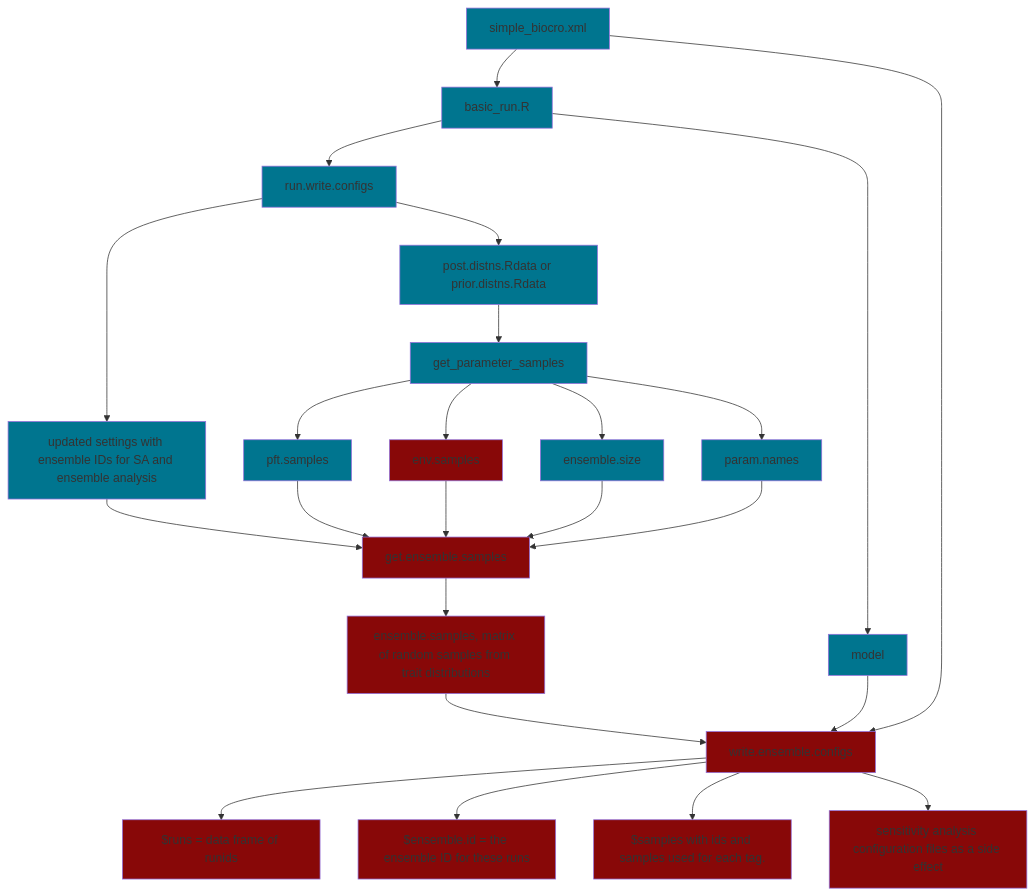
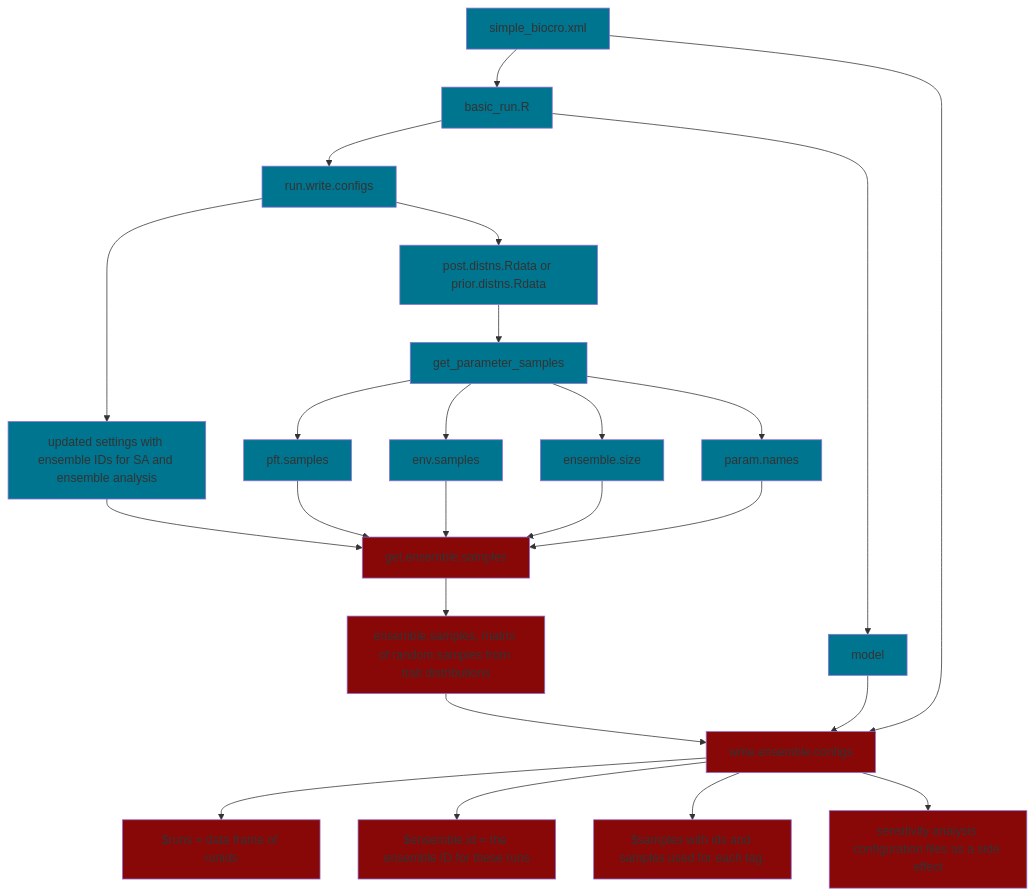
Before and after one commit to ecamo19/gsoc_project_2022_vm: the diagram in README.md, drawn with Mermaid.

````diff
--- a/README.md
+++ b/README.md
@@ -47,63 +47,62 @@
 ```mermaid
   graph TD;
       
       simple_biocro.xml-->basic_run.R;
       
       basic_run.R-->run.write.configs;
       basic_run.R-->model;
       
       
       run.write.configs-->output_1[updated settings with ensemble IDs for SA and ensemble analysis ];
       run.write.configs-->posterior.files[post.distns.Rdata or prior.distns.Rdata];
       output_1[updated settings with ensemble IDs for SA and ensemble analysis]-->get.ensemble.samples;
       
       posterior.files[post.distns.Rdata or prior.distns.Rdata]-->get_parameter_samples;
       
       input_get_ensemble_1[pft.samples]-->get.ensemble.samples;
       input_get_ensemble_2[env.samples]-->get.ensemble.samples;
       input_get_ensemble_3[ensemble.size]-->get.ensemble.samples;
       input_get_ensemble_4[param.names]-->get.ensemble.samples;
       
       get_parameter_samples-->input_get_ensemble_1[pft.samples];  
       get_parameter_samples-->input_get_ensemble_2[env.samples];
       get_parameter_samples-->input_get_ensemble_3[ensemble.size];
       get_parameter_samples-->input_get_ensemble_4[param.names];
       
       get.ensemble.samples-->output_get_ensemble[ensemble.samples, matrix of random samples from trait distributions];
       
       output_get_ensemble[ensemble.samples, matrix of random samples from trait distributions]-->write.ensemble.configs;
       model-->write.ensemble.configs;
       simple_biocro.xml-->write.ensemble.configs;
       
       write.ensemble.configs-->output_write_ensemble_1[$runs = data frame of runids];
       write.ensemble.configs-->output_write_ensemble_2[$ensemble.id = the ensemble ID for these runs];
       write.ensemble.configs-->output_write_ensemble_3[$samples with ids and samples used for each tag.];
       write.ensemble.configs-->output_write_ensemble_4[sensitivity analysis configuration files as a side effect];
       
       %% Blue color boxes
       
       style get_parameter_samples fill:#00758f
       style basic_run.R fill:#00758f
       style output_1 fill:#00758f
       style run.write.configs fill:#00758f
       style simple_biocro.xml fill:#00758f
       style posterior.files fill:#00758f
+      
       style input_get_ensemble_1 fill:#00758f
-      
+      style input_get_ensemble_2 fill:#00758f
       style input_get_ensemble_3 fill:#00758f
       style input_get_ensemble_4 fill:#00758f
       style model fill:#00758f 
       
       %% Red color boxes  
-      
-      style input_get_ensemble_2 fill:#880808
       style get.ensemble.samples fill:#880808
       style output_get_ensemble  fill:#880808 
       
       style write.ensemble.configs fill:#880808
       style output_write_ensemble_1 fill:#880808
       style output_write_ensemble_2 fill:#880808
       style output_write_ensemble_3 fill:#880808
       style output_write_ensemble_4 fill:#880808
       
 ```
````
